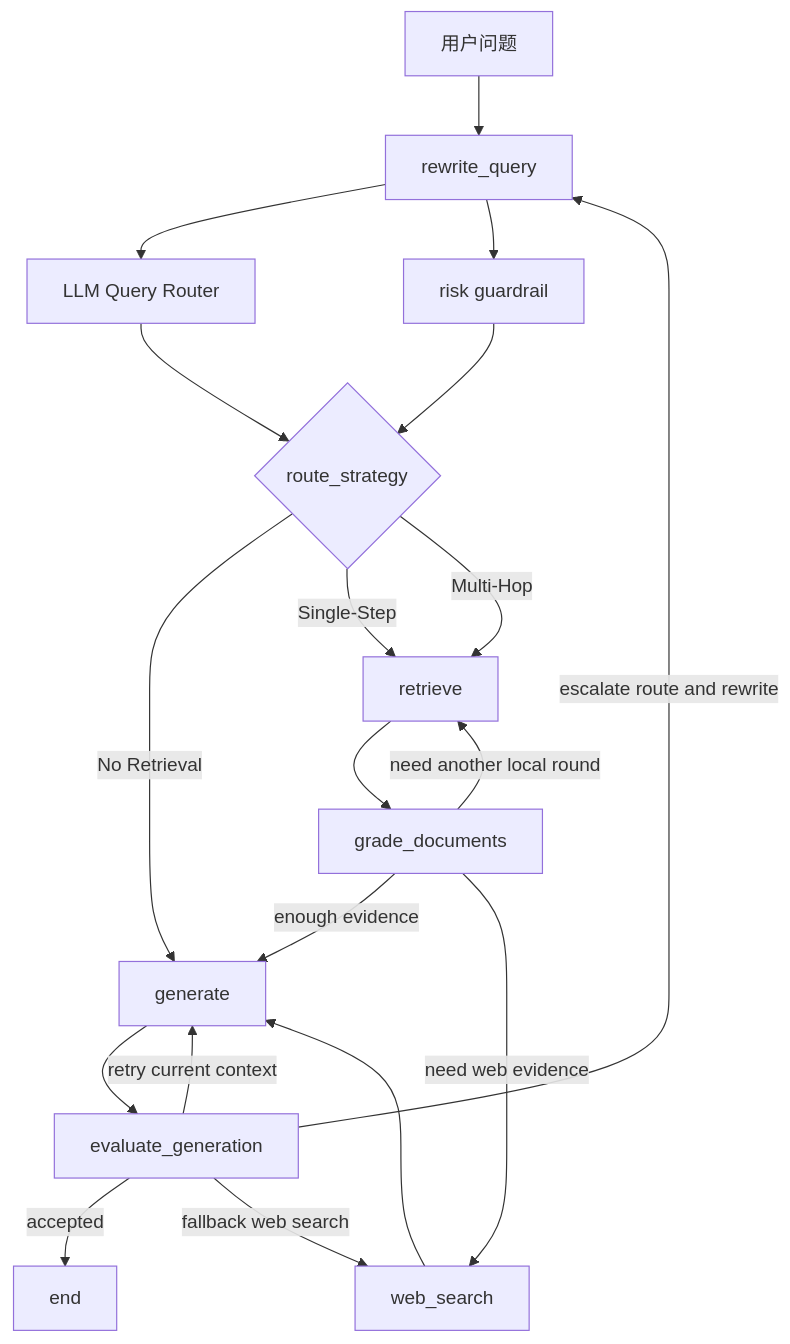
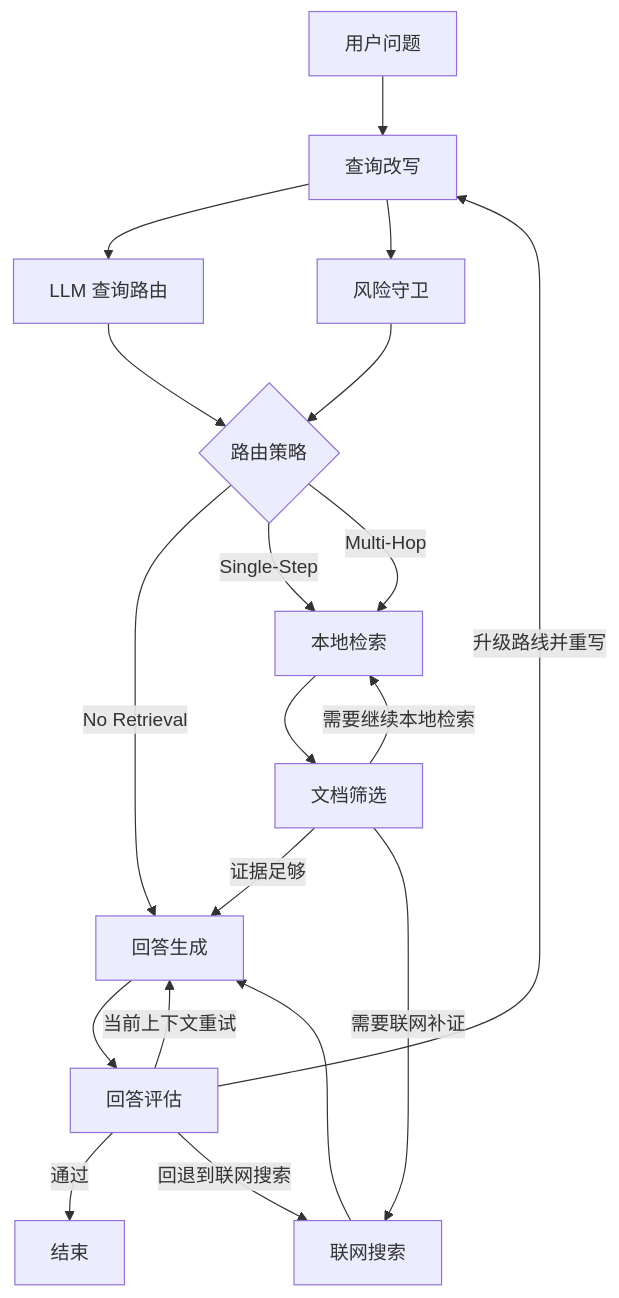
Before and after one commit to eternalstargalaxy/Agentic-Adaptive-RAG: the diagram in FRAMEWORK_DESCRIPTION_AND_REFACTOR.md, drawn with Mermaid. The commit also changed other lines of this file, not shown here.

````diff
--- a/FRAMEWORK_DESCRIPTION_AND_REFACTOR.md
+++ b/FRAMEWORK_DESCRIPTION_AND_REFACTOR.md
@@ -88,21 +88,21 @@
 ```mermaid
 flowchart TD
-    A["用户问题"] --> B["rewrite_query"]
-    B --> C["LLM Query Router"]
-    C --> D{"route_strategy"}
-    D -->|No Retrieval| E["generate"]
-    D -->|Single-Step| F["retrieve"]
+    A["用户问题"] --> B["查询改写"]
+    B --> C["LLM 查询路由"]
+    C --> D{"路由策略"}
+    D -->|No Retrieval| E["回答生成"]
+    D -->|Single-Step| F["本地检索"]
     D -->|Multi-Hop| F
-    B --> G["risk guardrail"]
+    B --> G["风险守卫"]
     G --> D
-    F --> H["grade_documents"]
-    H -->|enough evidence| E
-    H -->|need web evidence| I["web_search"]
-    H -->|need another local round| F
+    F --> H["文档筛选"]
+    H -->|证据足够| E
+    H -->|需要联网补证| I["联网搜索"]
+    H -->|需要继续本地检索| F
     I --> E
-    E --> J["evaluate_generation"]
-    J -->|accepted| K["end"]
-    J -->|retry current context| E
-    J -->|escalate route and rewrite| B
-    J -->|fallback web search| I
+    E --> J["回答评估"]
+    J -->|通过| K["结束"]
+    J -->|当前上下文重试| E
+    J -->|升级路线并重写| B
+    J -->|回退到联网搜索| I
 ```
````
